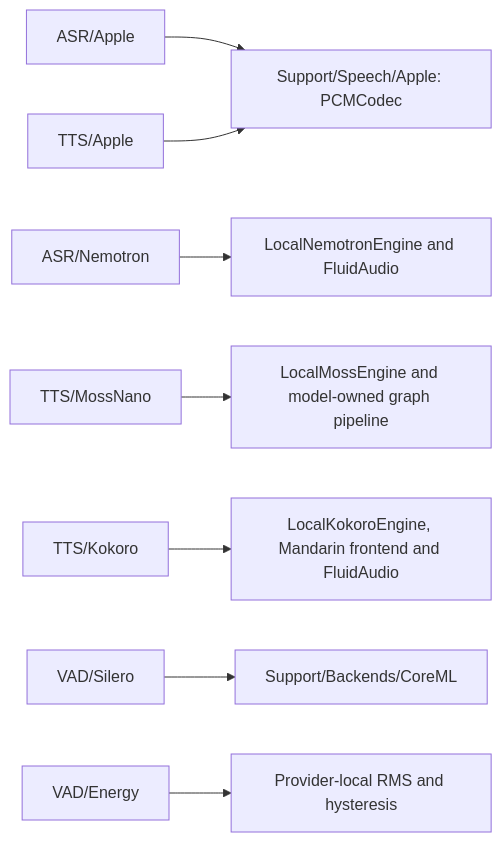
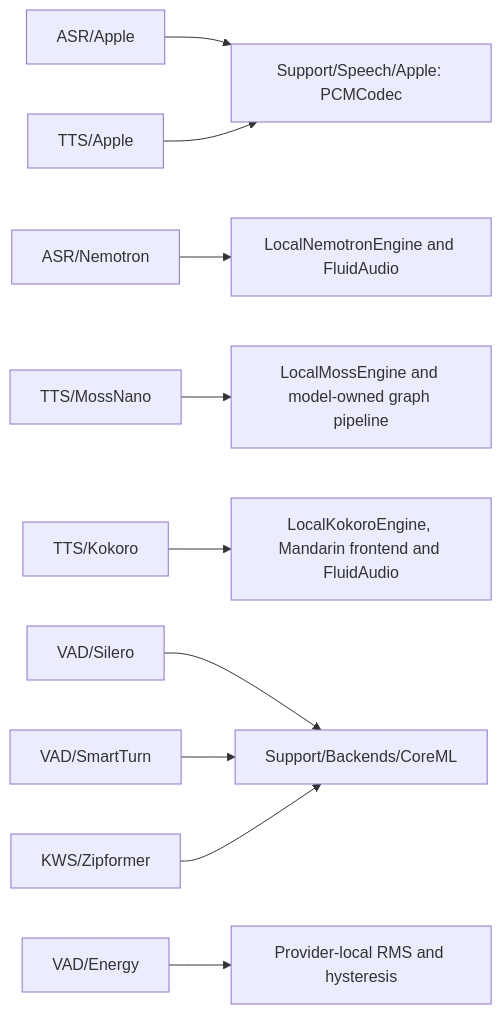
One commit to devilyouwei/MobileHarness changed the second of 2 diagrams in MobileHarness/ModelKit/Speech/README.md. Above: the diagram before and after it, drawn with Mermaid. The commit also changed other lines of this file and 201 other files, not shown here.

````diff
--- a/MobileHarness/ModelKit/Speech/README.md
+++ b/MobileHarness/ModelKit/Speech/README.md
@@ -27,10 +31,12 @@
 ```mermaid
 flowchart LR
  AppleASR[ASR/Apple] --> PCM[Support/Speech/Apple: PCMCodec]
  AppleTTS[TTS/Apple] --> PCM
  Nemotron[ASR/Nemotron] --> NemotronEngine[LocalNemotronEngine and FluidAudio]
  MOSS[TTS/MossNano] --> MossEngine[LocalMossEngine and model-owned graph pipeline]
  Kokoro[TTS/Kokoro] --> KokoroEngine[LocalKokoroEngine, Mandarin frontend and FluidAudio]
  Silero[VAD/Silero] --> CoreML[Support/Backends/CoreML]
+ SmartTurn[VAD/SmartTurn] --> CoreML
+ Zipformer[KWS/Zipformer] --> CoreML
  Energy[VAD/Energy] --> RMS[Provider-local RMS and hysteresis]
 ```
````
